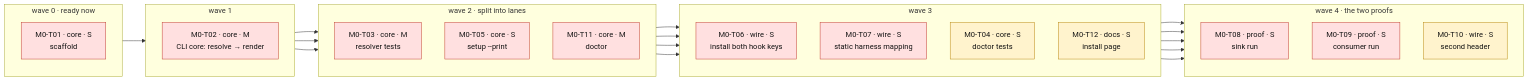
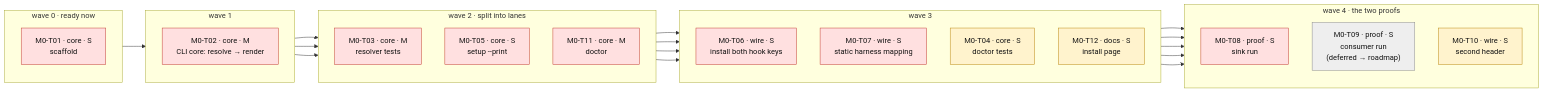
Before and after one commit to oozut/agent-of-empires-tags-plugin: the second of 8 diagrams in plan/graph.md, drawn with Mermaid. The commit also changed other lines of this file and 14 other files, not shown here.

````diff
--- a/plan/graph.md
+++ b/plan/graph.md
@@ -40,47 +40,48 @@
 ```mermaid
 flowchart LR
     subgraph W0["wave 0 · ready now"]
         direction TB
         T01["M0-T01 · core · S<br/>scaffold"]:::p0
     end
     subgraph W1["wave 1"]
         direction TB
         T02["M0-T02 · core · M<br/>CLI core: resolve → render"]:::p0
     end
     subgraph W2["wave 2 · split into lanes"]
         direction TB
         T03["M0-T03 · core · M<br/>resolver tests"]:::p0
         T05["M0-T05 · core · S<br/>setup --print"]:::p0
         T11["M0-T11 · core · M<br/>doctor"]:::p0
     end
     subgraph W3["wave 3"]
         direction TB
         T06["M0-T06 · wire · S<br/>install both hook keys"]:::p0
         T07["M0-T07 · wire · S<br/>static harness mapping"]:::p0
         T04["M0-T04 · core · S<br/>doctor tests"]:::p1
         T12["M0-T12 · docs · S<br/>install page"]:::p1
     end
     subgraph W4["wave 4 · the two proofs"]
         direction TB
         T08["M0-T08 · proof · S<br/>sink run"]:::p0
-        T09["M0-T09 · proof · S<br/>consumer run"]:::p0
+        T09["M0-T09 · proof · S<br/>consumer run<br/>(deferred → roadmap)"]:::p2
         T10["M0-T10 · wire · S<br/>second header"]:::p1
     end
 
     T01 --> T02
     T02 --> T03
     T02 --> T05
     T02 --> T11
     T05 --> T06
     T05 --> T07
     T05 --> T12
     T06 --> T08
     T07 --> T08
     T06 --> T09
     T07 --> T09
     T07 --> T10
     T11 --> T04
 
     classDef p0 fill:#ffe0e0,stroke:#c0392b,color:#111
     classDef p1 fill:#fff3cd,stroke:#b8860b,color:#111
+    classDef p2 fill:#eeeeee,stroke:#888,color:#111
 ```
````
